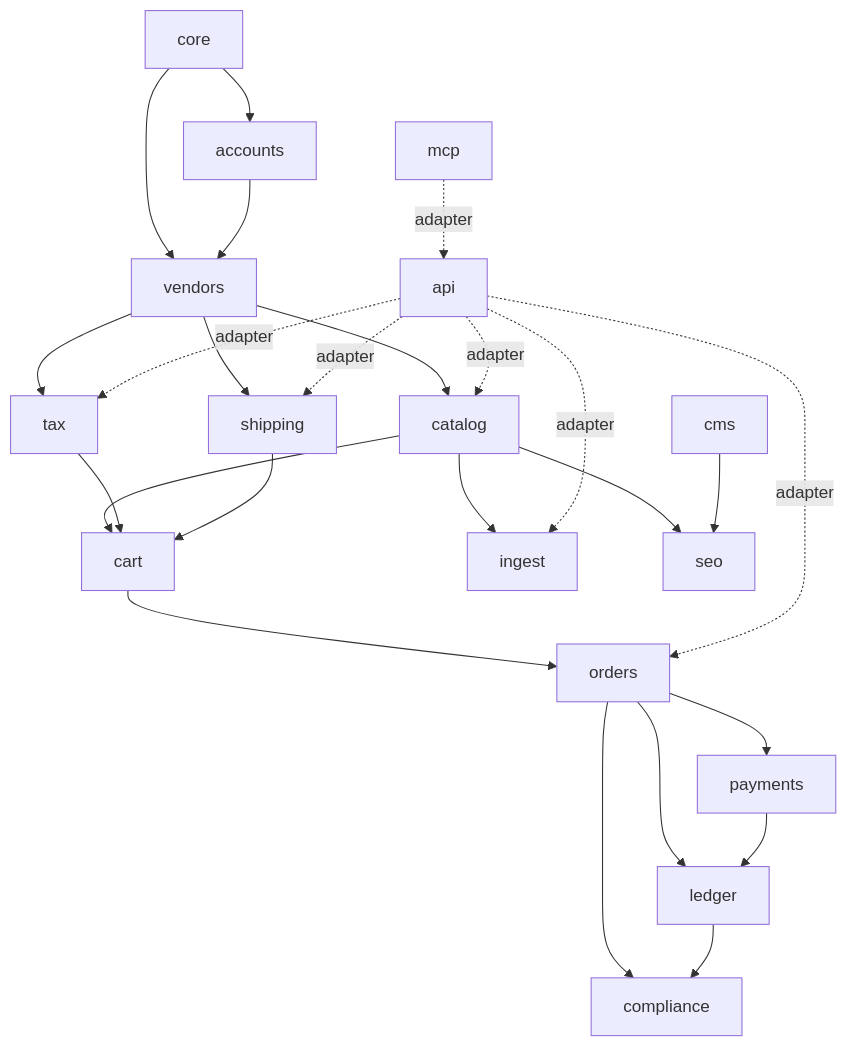
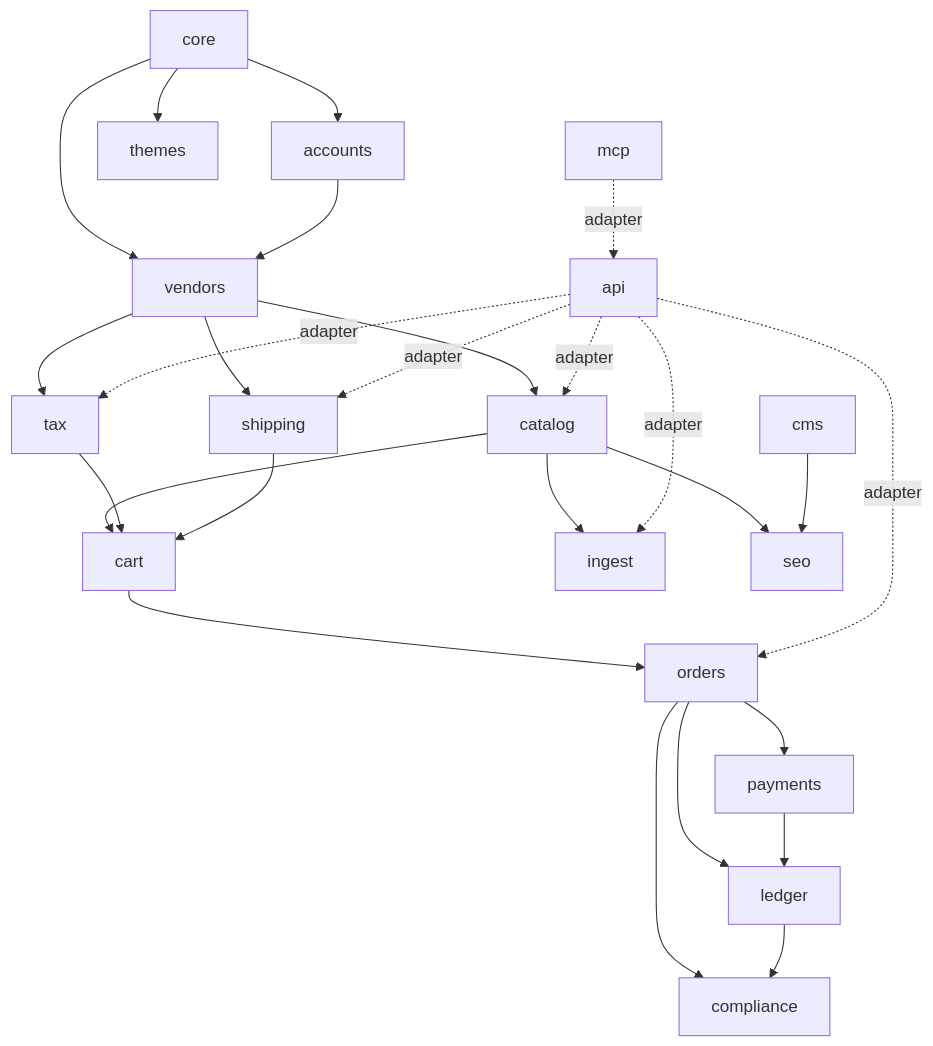
Before and after one commit to bertalan/mpmv: the diagram in docs/spec/01-stack-and-architecture.md, drawn with Mermaid. The commit also changed other lines of this file and 12 other files, not shown here.

````diff
--- a/docs/spec/01-stack-and-architecture.md
+++ b/docs/spec/01-stack-and-architecture.md
@@ -74,23 +75,24 @@
 ```mermaid
 flowchart TD
   core --> accounts
+  core --> themes
   core --> vendors
   accounts --> vendors
   vendors --> catalog
   vendors --> tax
   vendors --> shipping
   catalog --> cart
   tax --> cart
   shipping --> cart
   cart --> orders
   orders --> payments
   orders --> ledger
   payments --> ledger
   catalog --> ingest
   catalog --> seo
   cms --> seo
   orders --> compliance
   ledger --> compliance
   api -.adapter.-> orders & catalog & ingest & shipping & tax
   mcp -.adapter.-> api
 ```
````
